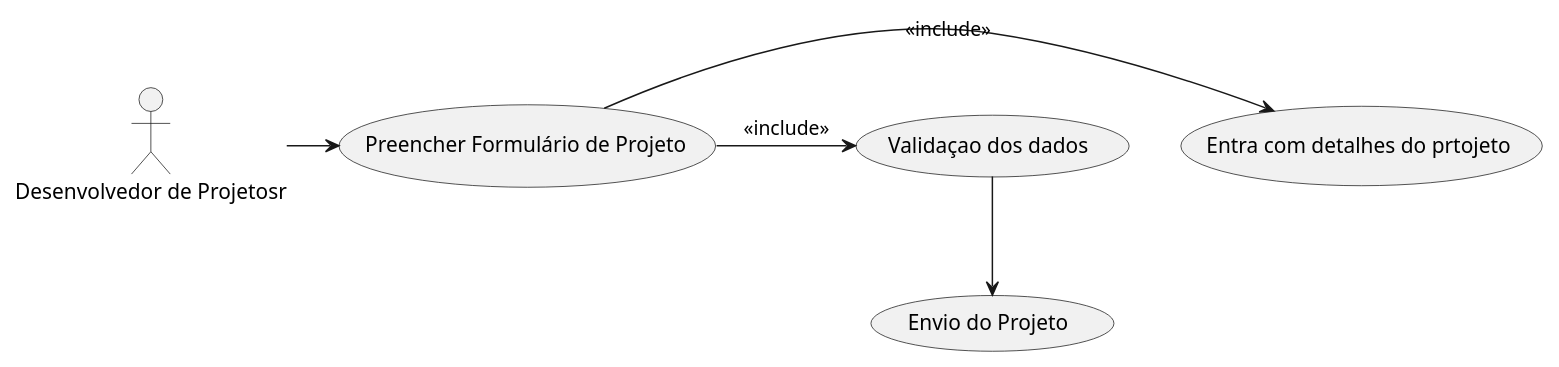
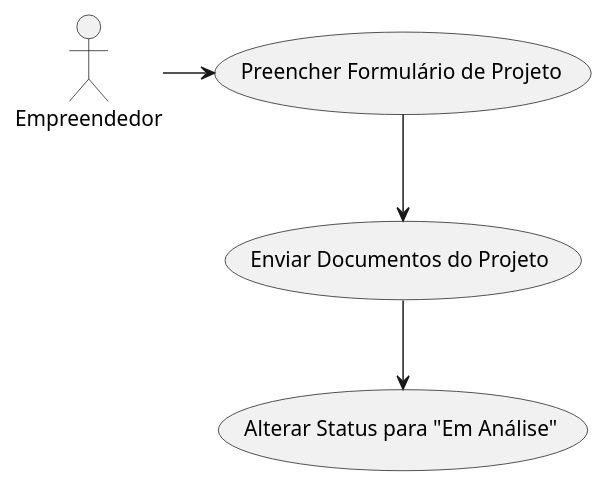
The diagram in Diagramas/envio-projeto.puml (rafaelbsfarias/mata63), drawn with PlantUML before and after one commit. The commit also changed 8 other files, not shown here.

```diff
--- a/Diagramas/envio-projeto.puml
+++ b/Diagramas/envio-projeto.puml
@@ -1,7 +1,7 @@
 @startuml
-actor "Desenvolvedor de Projetosr" as DP
-DP -> (Preencher Formulário de Projeto)
-(Preencher Formulário de Projeto) -> (Entra com detalhes do prtojeto) : <<include>>
-(Preencher Formulário de Projeto) -> (Validaçao dos dados) : <<include>>
-(Validaçao dos dados) --> (Envio do Projeto)
+actor Empreendedor as EMP
+
+EMP -> (Preencher Formulário de Projeto)
+(Preencher Formulário de Projeto) --> (Enviar Documentos do Projeto)
+(Enviar Documentos do Projeto) --> (Alterar Status para "Em Análise")
 @enduml
```
